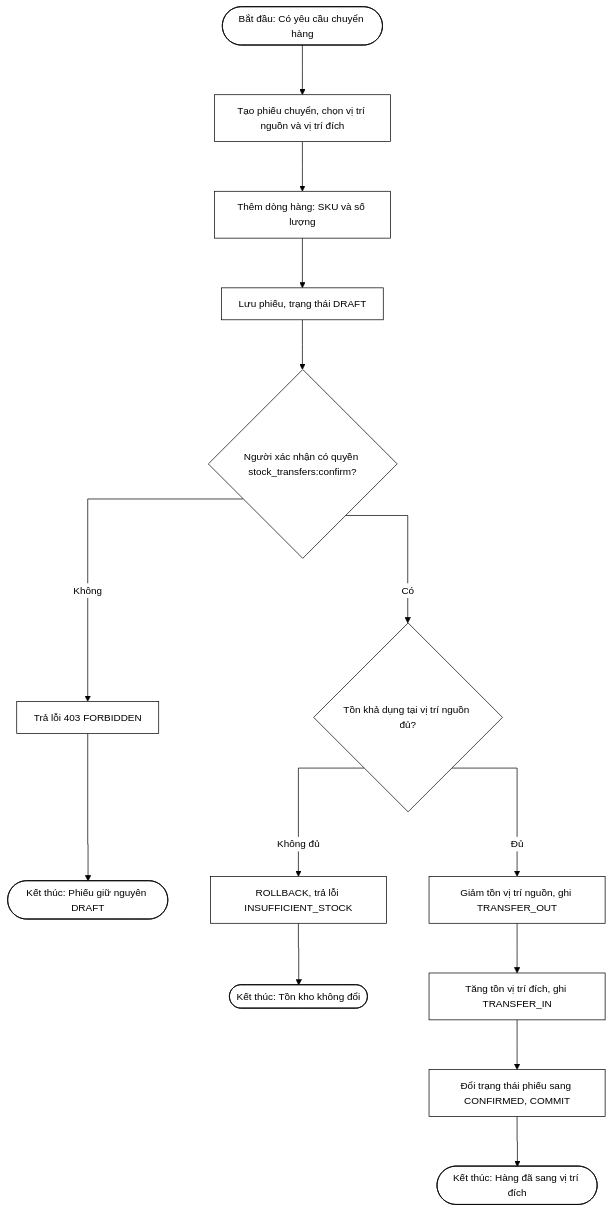
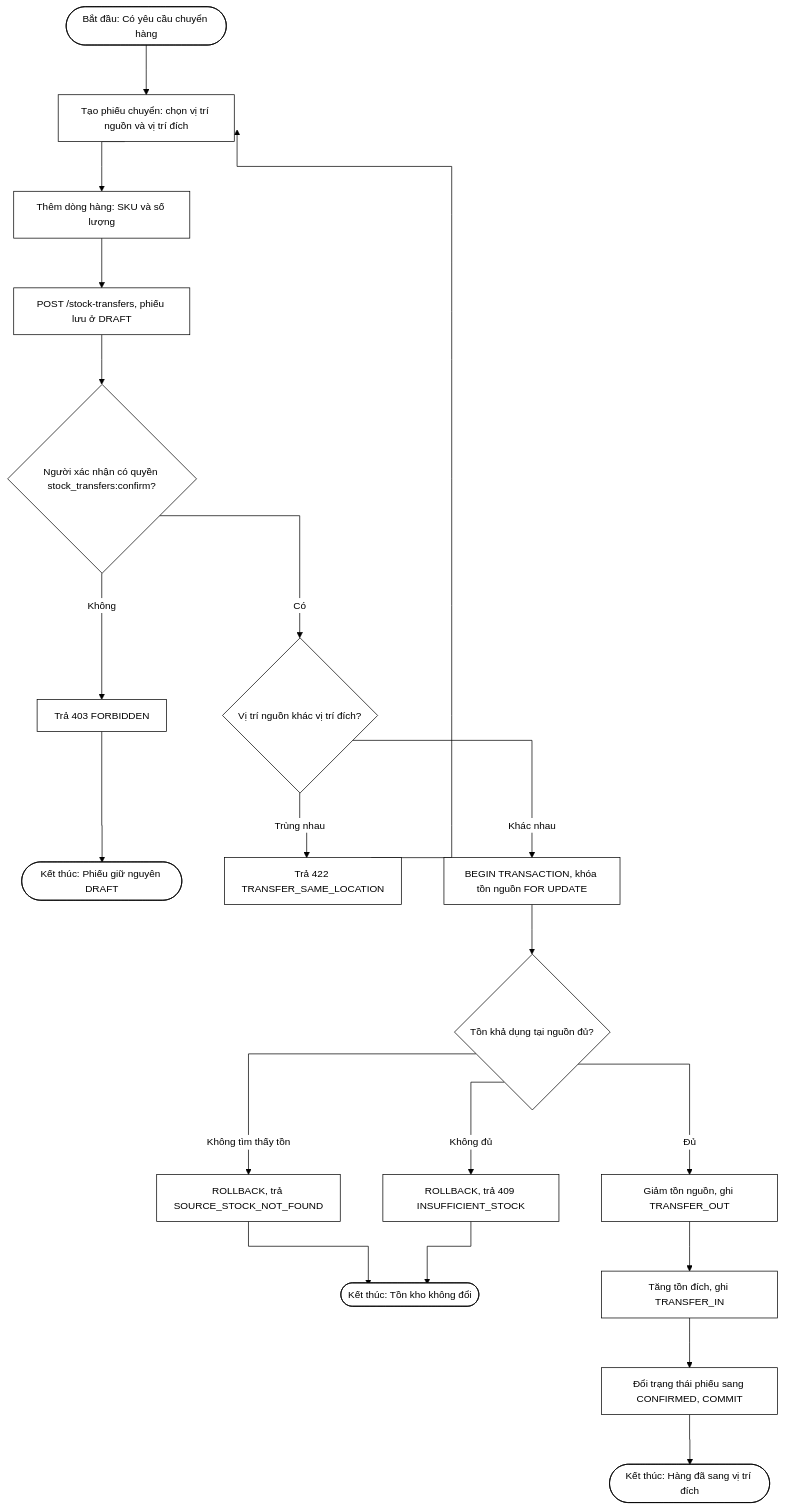
One commit to nguyenthihongnhu-dotcom/luanvan2026 changed the diagram in docs/diagrams/04_2-4-1_3-quy-trinh-chuyen-kho-stock-transfer_flow.mmd. Above: the diagram before and after it, drawn with Mermaid. The commit also changed 139 other files, not shown here.

Commit message:
new diagram

```diff
--- a/docs/diagrams/04_2-4-1_3-quy-trinh-chuyen-kho-stock-transfer_flow.mmd
+++ b/docs/diagrams/04_2-4-1_3-quy-trinh-chuyen-kho-stock-transfer_flow.mmd
@@ -1,37 +1,43 @@
 %%{init: {
   'theme': 'base',
   'themeVariables': {
     'primaryColor': '#ffffff',
     'primaryBorderColor': '#000000',
     'primaryTextColor': '#000000',
     'secondaryColor': '#ffffff',
     'secondaryBorderColor': '#000000',
     'secondaryTextColor': '#000000',
     'tertiaryColor': '#ffffff',
     'tertiaryBorderColor': '#000000',
     'tertiaryTextColor': '#000000',
     'lineColor': '#000000',
     'textColor': '#000000',
     'mainBkg': '#ffffff',
     'nodeBorder': '#000000',
     'clusterBkg': '#ffffff',
     'clusterBorder': '#000000',
     'edgeLabelBackground': '#ffffff',
     'fontSize': '14px'
   },
   'flowchart': { 'curve': 'stepAfter', 'nodeSpacing': 60, 'rankSpacing': 70, 'padding': 12, 'useMaxWidth': false }
 }}%%
 flowchart TD
-    Start(["Bắt đầu: Có yêu cầu chuyển hàng"]) --> S1["Tạo phiếu chuyển, chọn vị trí nguồn và vị trí đích"]
+    Start(["Bắt đầu: Có yêu cầu chuyển hàng"]) --> S1["Tạo phiếu chuyển: chọn vị trí nguồn và vị trí đích"]
     S1 --> S2["Thêm dòng hàng: SKU và số lượng"]
-    S2 --> S3["Lưu phiếu, trạng thái DRAFT"]
+    S2 --> S3["POST /stock-transfers, phiếu lưu ở DRAFT"]
     S3 --> S4{"Người xác nhận có quyền stock_transfers:confirm?"}
-    S4 -->|Không| S5["Trả lỗi 403 FORBIDDEN"]
+    S4 -->|Không| S5["Trả 403 FORBIDDEN"]
     S5 --> End1(["Kết thúc: Phiếu giữ nguyên DRAFT"])
-    S4 -->|Có| S6{"Tồn khả dụng tại vị trí nguồn đủ?"}
-    S6 -->|Không đủ| S7["ROLLBACK, trả lỗi INSUFFICIENT_STOCK"]
-    S7 --> End2(["Kết thúc: Tồn kho không đổi"])
-    S6 -->|Đủ| S8["Giảm tồn vị trí nguồn, ghi TRANSFER_OUT"]
-    S8 --> S9["Tăng tồn vị trí đích, ghi TRANSFER_IN"]
-    S9 --> S10["Đổi trạng thái phiếu sang CONFIRMED, COMMIT"]
-    S10 --> End3(["Kết thúc: Hàng đã sang vị trí đích"])
+    S4 -->|Có| S6{"Vị trí nguồn khác vị trí đích?"}
+    S6 -->|Trùng nhau| S7["Trả 422 TRANSFER_SAME_LOCATION"]
+    S7 --> S1
+    S6 -->|Khác nhau| S8["BEGIN TRANSACTION, khóa tồn nguồn FOR UPDATE"]
+    S8 --> S9{"Tồn khả dụng tại nguồn đủ?"}
+    S9 -->|Không tìm thấy tồn| S10["ROLLBACK, trả SOURCE_STOCK_NOT_FOUND"]
+    S10 --> End2(["Kết thúc: Tồn kho không đổi"])
+    S9 -->|Không đủ| S11["ROLLBACK, trả 409 INSUFFICIENT_STOCK"]
+    S11 --> End2
+    S9 -->|Đủ| S12["Giảm tồn nguồn, ghi TRANSFER_OUT"]
+    S12 --> S13["Tăng tồn đích, ghi TRANSFER_IN"]
+    S13 --> S14["Đổi trạng thái phiếu sang CONFIRMED, COMMIT"]
+    S14 --> End3(["Kết thúc: Hàng đã sang vị trí đích"])
```
